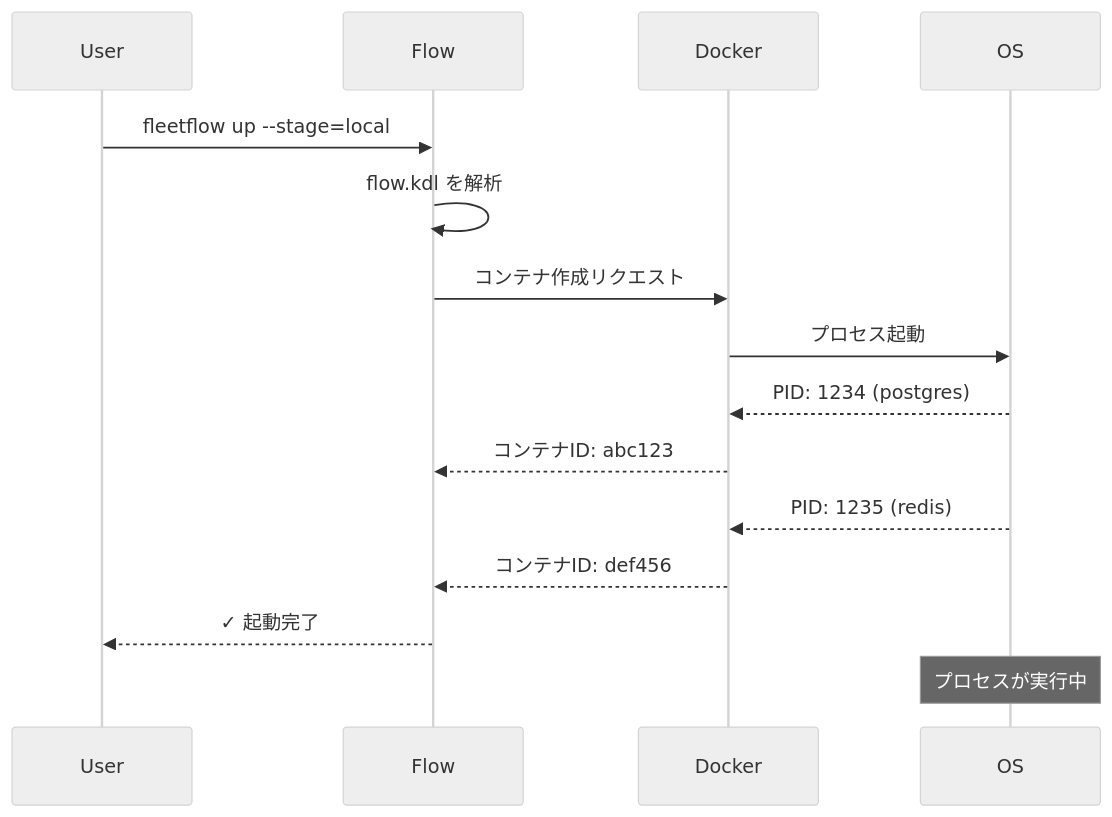
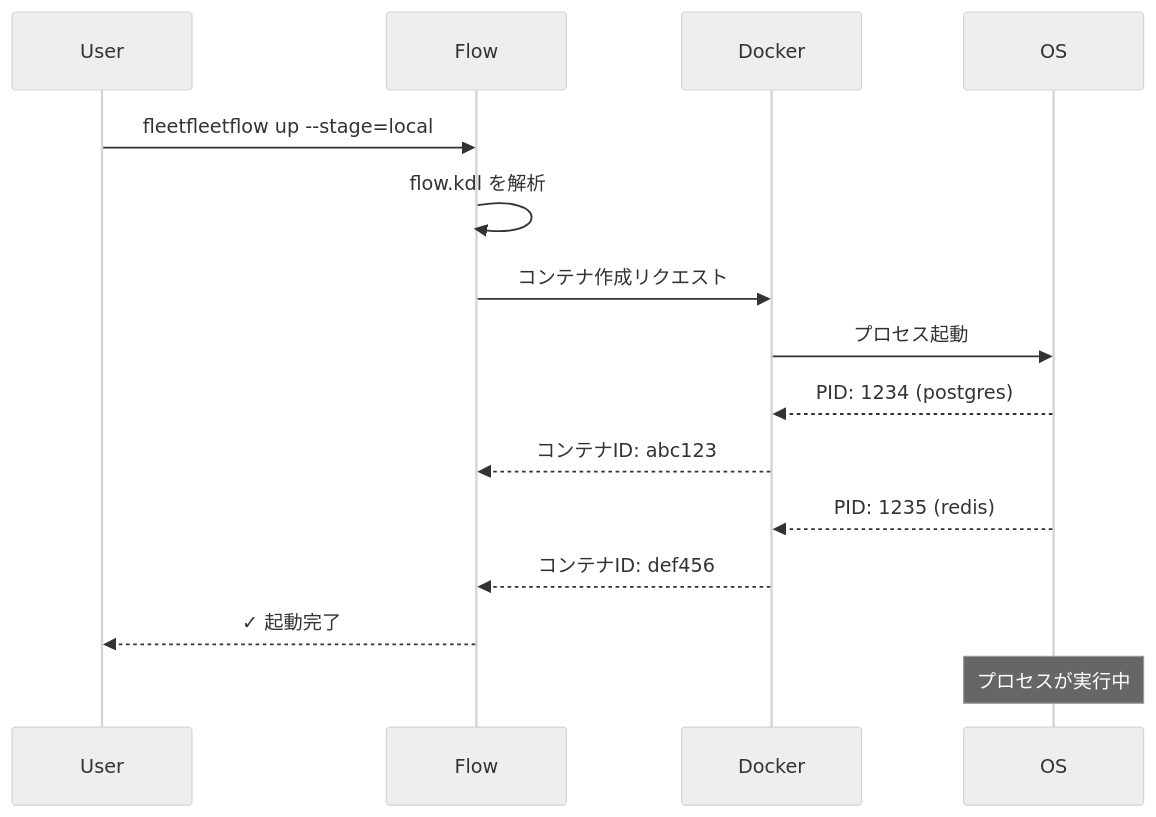
Before and after one commit to chronista-club/fleetflow: the second of 4 diagrams in spec/01-core-concepts.md, drawn with Mermaid (neutral theme). The commit also changed other lines of this file and 23 other files, not shown here.

````diff
--- a/spec/01-core-concepts.md
+++ b/spec/01-core-concepts.md
@@ -27,19 +27,19 @@
 ```mermaid
 sequenceDiagram
     participant User
     participant Flow
     participant Docker
     participant OS
 
-    User->>Flow: fleetflow up --stage=local
+    User->>Flow: fleetfleetflow up --stage=local
     Flow->>Flow: flow.kdl を解析
     Flow->>Docker: コンテナ作成リクエスト
     Docker->>OS: プロセス起動
     OS-->>Docker: PID: 1234 (postgres)
     Docker-->>Flow: コンテナID: abc123
     OS-->>Docker: PID: 1235 (redis)
     Docker-->>Flow: コンテナID: def456
     Flow-->>User: ✓ 起動完了
 
     Note over OS: プロセスが実行中
 ```
````
